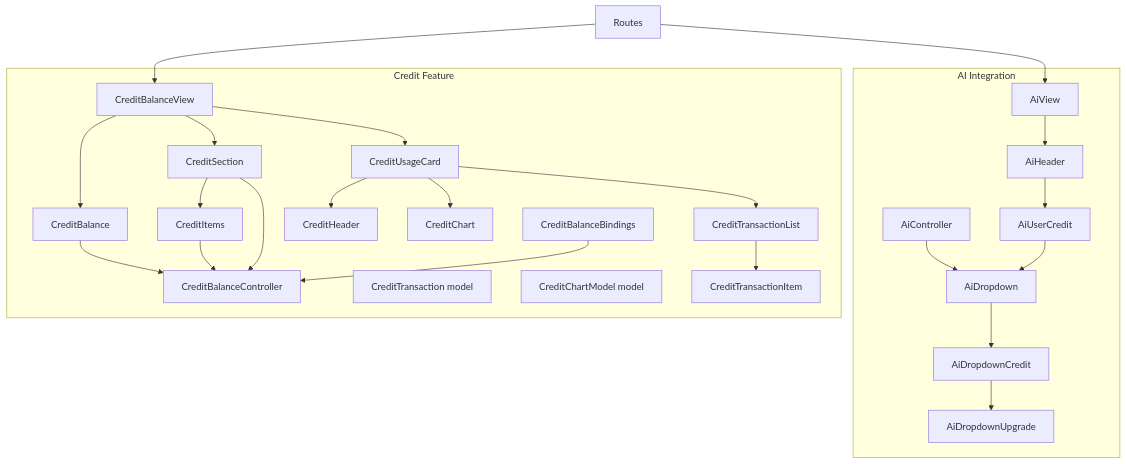
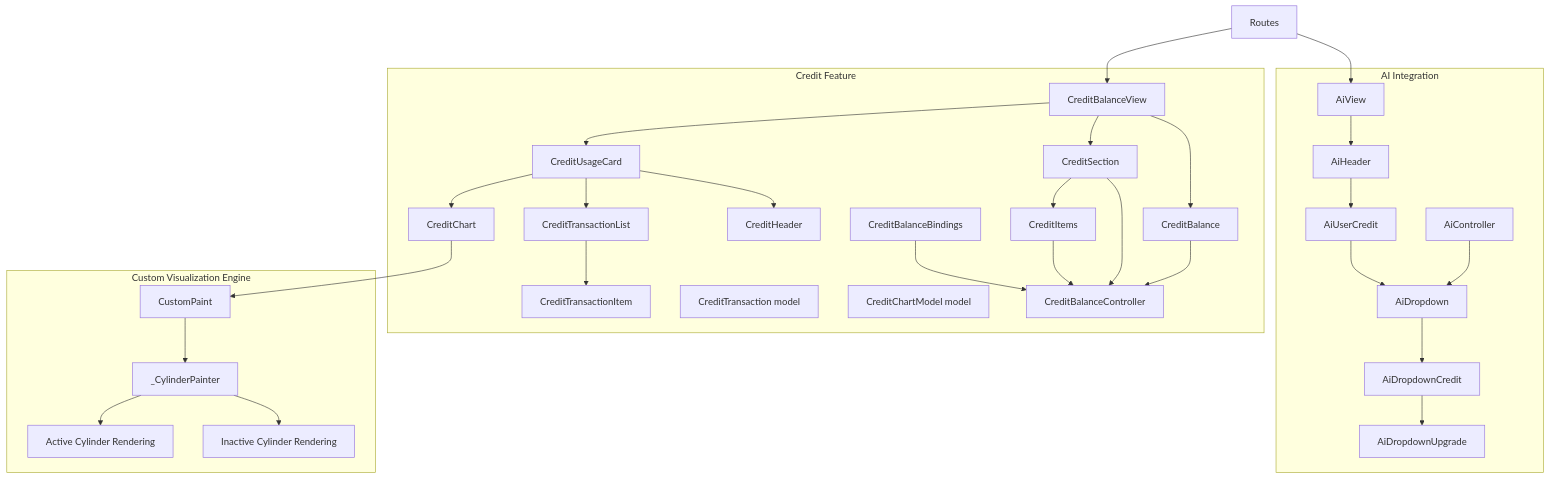
The first of 15 diagrams in .qoder/repowiki/en/content/Core Features/User Profile Management/Credit Balance System.md (Ariful3111/FurniGo), drawn with Mermaid before and after one commit. The commit also changed other lines of this file and 1 other file, not shown here.

````diff
--- a/.qoder/repowiki/en/content/Core Features/User Profile Management/Credit Balance System.md
+++ b/.qoder/repowiki/en/content/Core Features/User Profile Management/Credit Balance System.md
@@ -56,47 +57,57 @@
 ```mermaid
 graph TB
 subgraph "Credit Feature"
 V["CreditBalanceView"]
 W1["CreditBalance"]
 W2["CreditSection"]
 W3["CreditItems"]
 W4["CreditUsageCard"]
 W5["CreditHeader"]
 W6["CreditChart"]
 W7["CreditTransactionList"]
 W8["CreditTransactionItem"]
 M1["CreditTransaction model"]
 M2["CreditChartModel model"]
 C["CreditBalanceController"]
 B["CreditBalanceBindings"]
 end
 subgraph "AI Integration"
 AIC["AiController"]
 AID["AiDropdown"]
 AIDC["AiDropdownCredit"]
 AIDU["AiDropdownUpgrade"]
 AICredit["AiUserCredit"]
 AIH["AiHeader"]
 AIV["AiView"]
 end
+subgraph "Custom Visualization Engine"
+CP["CustomPaint"]
+CPA["_CylinderPainter"]
+CA["Active Cylinder Rendering"]
+CI["Inactive Cylinder Rendering"]
+end
 R["Routes"] --> V
 R --> AIV
 V --> W1
 V --> W2
 V --> W4
 W2 --> W3
 W4 --> W5
 W4 --> W6
 W4 --> W7
 W7 --> W8
 W1 --> C
 W2 --> C
 W3 --> C
 B --> C
 AIC --> AID
 AID --> AIDC
 AIDC --> AIDU
 AICredit --> AID
 AIH --> AICredit
 AIV --> AIH
+W6 --> CP
+CP --> CPA
+CPA --> CA
+CPA --> CI
 ```
````
